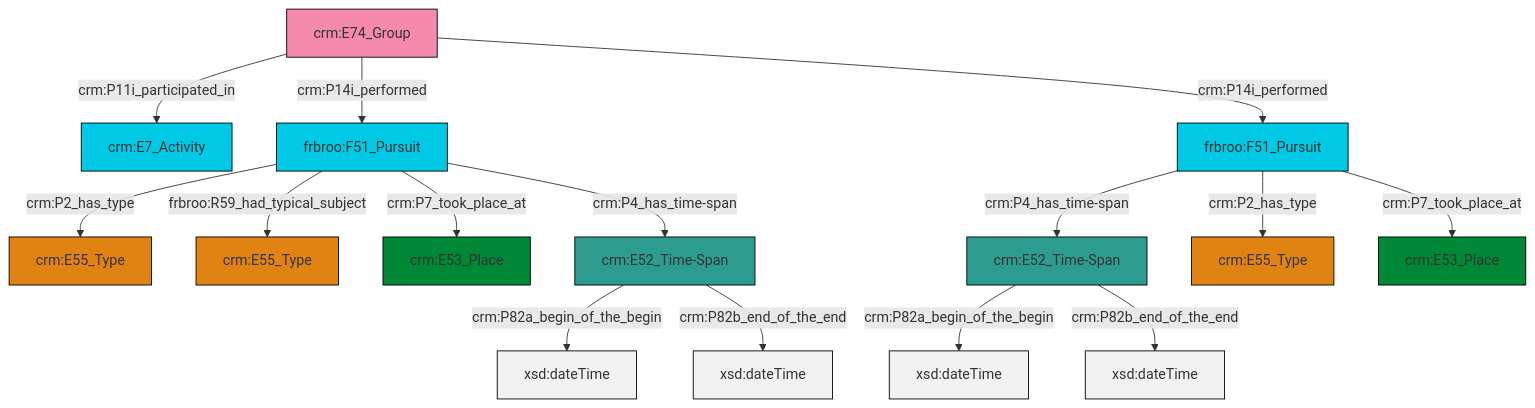
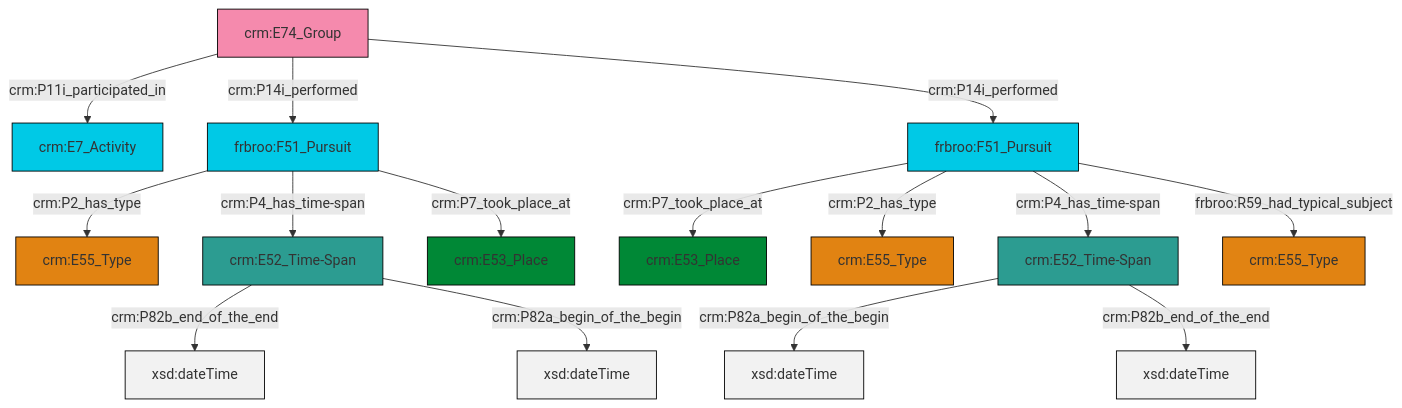
One commit to swiss-art-research-net/reference-data-models changed the diagram in et/groupCSV/ttl/mmd/group_events.ttl.mmd. Above: the diagram before and after it, drawn with Mermaid. The commit also changed 151 other files, not shown here.

```diff
--- a/et/groupCSV/ttl/mmd/group_events.ttl.mmd
+++ b/et/groupCSV/ttl/mmd/group_events.ttl.mmd
@@ -1,29 +1,29 @@
 graph TD
 classDef Literal fill:#f2f2f2,stroke:#000000;
 classDef CRM_Entity fill:#FFFFFF,stroke:#000000;
 classDef Temporal_Entity fill:#00C9E6, stroke:#000000;
 classDef Type fill:#E18312, stroke:#000000;
 classDef Time-Span fill:#2C9C91, stroke:#000000;
 classDef Appellation fill:#FFEB7F, stroke:#000000;
 classDef Place fill:#008836, stroke:#000000;
 classDef Persistent_Item fill:#B266B2, stroke:#000000;
 classDef Conceptual_Object fill:#FFD700, stroke:#000000;
 classDef Physical_Thing fill:#D2B48C, stroke:#000000;
 classDef Actor fill:#f58aad, stroke:#000000;
 classDef PC_Classes fill:#4ce600, stroke:#000000;
 classDef Multi fill:#cccccc,stroke:#000000;
 
-2["crm:E74_Group"]:::Actor -->|crm:P11i_participated_in| 3["crm:E7_Activity"]:::Temporal_Entity
-8["frbroo:F51_Pursuit"]:::Temporal_Entity -->|crm:P2_has_type| 0["crm:E55_Type"]:::Type
-11["frbroo:F51_Pursuit"]:::Temporal_Entity -->|crm:P4_has_time-span| 13["crm:E52_Time-Span"]:::Time-Span
-8["frbroo:F51_Pursuit"]:::Temporal_Entity -->|crm:P7_took_place_at| 6["crm:E53_Place"]:::Place
-9["crm:E52_Time-Span"]:::Time-Span -->|crm:P82a_begin_of_the_begin| 17[xsd:dateTime]:::Literal
-11["frbroo:F51_Pursuit"]:::Temporal_Entity -->|crm:P2_has_type| 14["crm:E55_Type"]:::Type
-8["frbroo:F51_Pursuit"]:::Temporal_Entity -->|frbroo:R59_had_typical_subject| 4["crm:E55_Type"]:::Type
-13["crm:E52_Time-Span"]:::Time-Span -->|crm:P82a_begin_of_the_begin| 19[xsd:dateTime]:::Literal
-11["frbroo:F51_Pursuit"]:::Temporal_Entity -->|crm:P7_took_place_at| 21["crm:E53_Place"]:::Place
-2["crm:E74_Group"]:::Actor -->|crm:P14i_performed| 8["frbroo:F51_Pursuit"]:::Temporal_Entity
-2["crm:E74_Group"]:::Actor -->|crm:P14i_performed| 11["frbroo:F51_Pursuit"]:::Temporal_Entity
-13["crm:E52_Time-Span"]:::Time-Span -->|crm:P82b_end_of_the_end| 26[xsd:dateTime]:::Literal
-8["frbroo:F51_Pursuit"]:::Temporal_Entity -->|crm:P4_has_time-span| 9["crm:E52_Time-Span"]:::Time-Span
-9["crm:E52_Time-Span"]:::Time-Span -->|crm:P82b_end_of_the_end| 27[xsd:dateTime]:::Literal
+6["crm:E52_Time-Span"]:::Time-Span -->|crm:P82b_end_of_the_end| 8[xsd:dateTime]:::Literal
+9["frbroo:F51_Pursuit"]:::Temporal_Entity -->|crm:P2_has_type| 2["crm:E55_Type"]:::Type
+10["frbroo:F51_Pursuit"]:::Temporal_Entity -->|crm:P7_took_place_at| 11["crm:E53_Place"]:::Place
+9["frbroo:F51_Pursuit"]:::Temporal_Entity -->|crm:P4_has_time-span| 6["crm:E52_Time-Span"]:::Time-Span
+13["crm:E74_Group"]:::Actor -->|crm:P11i_participated_in| 0["crm:E7_Activity"]:::Temporal_Entity
+18["crm:E52_Time-Span"]:::Time-Span -->|crm:P82a_begin_of_the_begin| 19[xsd:dateTime]:::Literal
+9["frbroo:F51_Pursuit"]:::Temporal_Entity -->|crm:P7_took_place_at| 15["crm:E53_Place"]:::Place
+13["crm:E74_Group"]:::Actor -->|crm:P14i_performed| 9["frbroo:F51_Pursuit"]:::Temporal_Entity
+10["frbroo:F51_Pursuit"]:::Temporal_Entity -->|crm:P2_has_type| 4["crm:E55_Type"]:::Type
+13["crm:E74_Group"]:::Actor -->|crm:P14i_performed| 10["frbroo:F51_Pursuit"]:::Temporal_Entity
+10["frbroo:F51_Pursuit"]:::Temporal_Entity -->|crm:P4_has_time-span| 18["crm:E52_Time-Span"]:::Time-Span
+6["crm:E52_Time-Span"]:::Time-Span -->|crm:P82a_begin_of_the_begin| 25[xsd:dateTime]:::Literal
+18["crm:E52_Time-Span"]:::Time-Span -->|crm:P82b_end_of_the_end| 26[xsd:dateTime]:::Literal
+10["frbroo:F51_Pursuit"]:::Temporal_Entity -->|frbroo:R59_had_typical_subject| 22["crm:E55_Type"]:::Type
```
